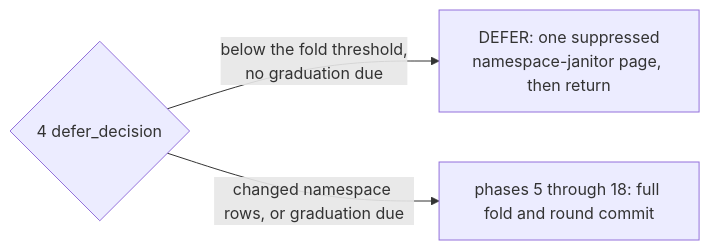
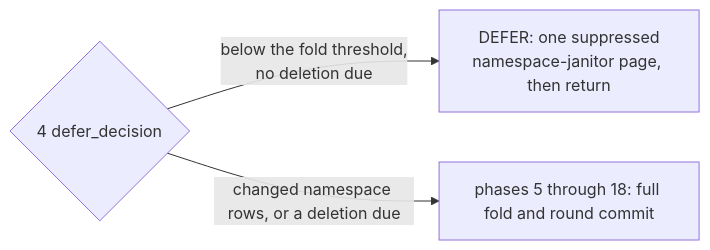
Before and after one commit to Altinity/ClickHouse: the first of 3 diagrams in docs/en/antalya/cas/architecture/garbage-collection.md, drawn with Mermaid. The commit also changed other lines of this file and 20 other files, not shown here.

````diff
--- a/docs/en/antalya/cas/architecture/garbage-collection.md
+++ b/docs/en/antalya/cas/architecture/garbage-collection.md
@@ -71,5 +71,5 @@
 ```mermaid
 flowchart LR
-    D4{"4 defer_decision"} -->|"below the fold threshold,<br/>no graduation due"| DEF["DEFER: one suppressed<br/>namespace-janitor page, then return"]
-    D4 -->|"changed namespace rows, or graduation due"| FOLD["phases 5 through 18: full fold and round commit"]
+    D4{"4 defer_decision"} -->|"below the fold threshold,<br/>no deletion due"| DEF["DEFER: one suppressed<br/>namespace-janitor page, then return"]
+    D4 -->|"changed namespace rows, or a deletion due"| FOLD["phases 5 through 18: full fold and round commit"]
 ```
````
